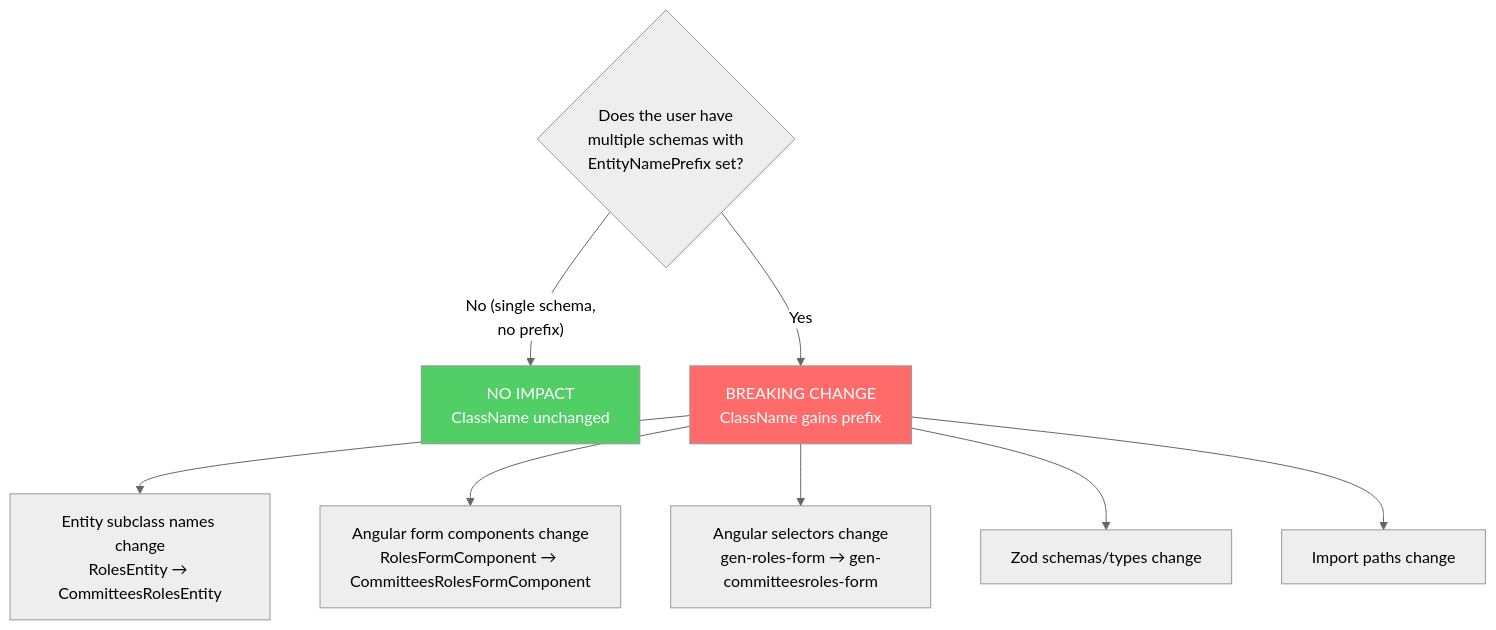
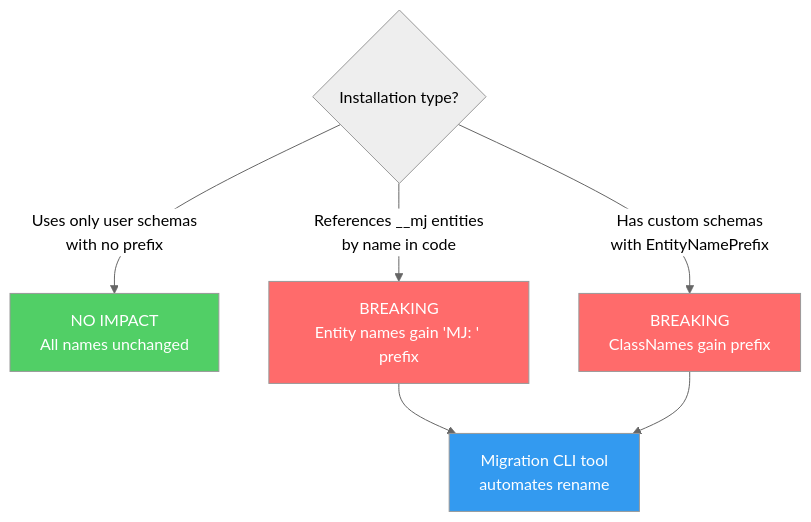
Before and after one commit to MemberJunction/MJ: the fifth of 7 diagrams in plans/classname-prefix-collision-fix.md, drawn with Mermaid (neutral theme). The commit also changed other lines of this file, not shown here.

First line of the commit message:
Update ClassName collision plan with v5.0 migration strategy

````diff
--- a/plans/classname-prefix-collision-fix.md
+++ b/plans/classname-prefix-collision-fix.md
@@ -231,16 +285,16 @@
 ```mermaid
 flowchart TD
-    USER{"Does the user have<br/>multiple schemas with<br/>EntityNamePrefix set?"}
+    USER{"Installation type?"}
 
-    USER -- "No (single schema,<br/>no prefix)" --> SAFE["NO IMPACT<br/>ClassName unchanged"]
-    USER -- "Yes" --> AFFECTED["BREAKING CHANGE<br/>ClassName gains prefix"]
+    USER -- "Uses only user schemas<br/>with no prefix" --> SAFE["NO IMPACT<br/>All names unchanged"]
+    USER -- "References __mj entities<br/>by name in code" --> MJ_BREAK["BREAKING<br/>Entity names gain 'MJ: ' prefix"]
+    USER -- "Has custom schemas<br/>with EntityNamePrefix" --> CUSTOM_BREAK["BREAKING<br/>ClassNames gain prefix"]
 
-    AFFECTED --> IMPACT1["Entity subclass names change<br/>RolesEntity → CommitteesRolesEntity"]
-    AFFECTED --> IMPACT2["Angular form components change<br/>RolesFormComponent → CommitteesRolesFormComponent"]
-    AFFECTED --> IMPACT3["Angular selectors change<br/>gen-roles-form → gen-committeesroles-form"]
-    AFFECTED --> IMPACT4["Zod schemas/types change"]
-    AFFECTED --> IMPACT5["Import paths change"]
+    MJ_BREAK --> TOOL["Migration CLI tool<br/>automates rename"]
+    CUSTOM_BREAK --> TOOL
 
     style SAFE fill:#51cf66,color:#fff
-    style AFFECTED fill:#ff6b6b,color:#fff
+    style MJ_BREAK fill:#ff6b6b,color:#fff
+    style CUSTOM_BREAK fill:#ff6b6b,color:#fff
+    style TOOL fill:#339af0,color:#fff
 ```
````
